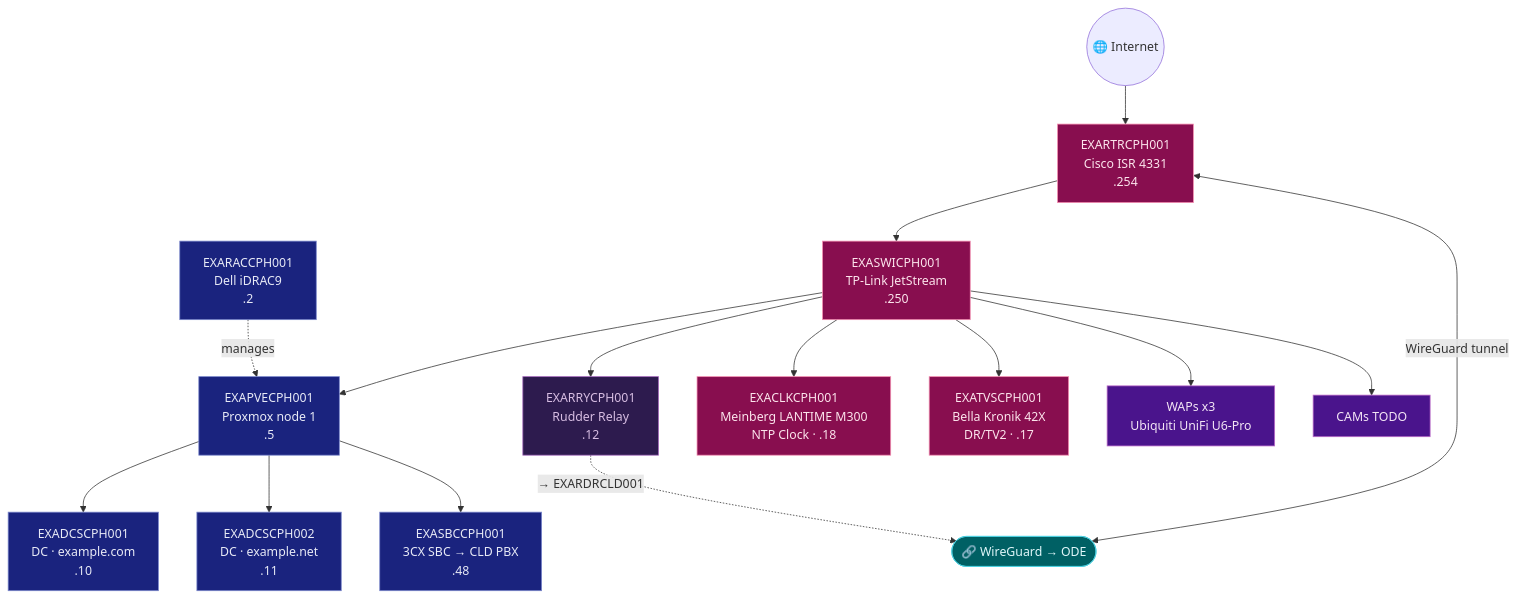
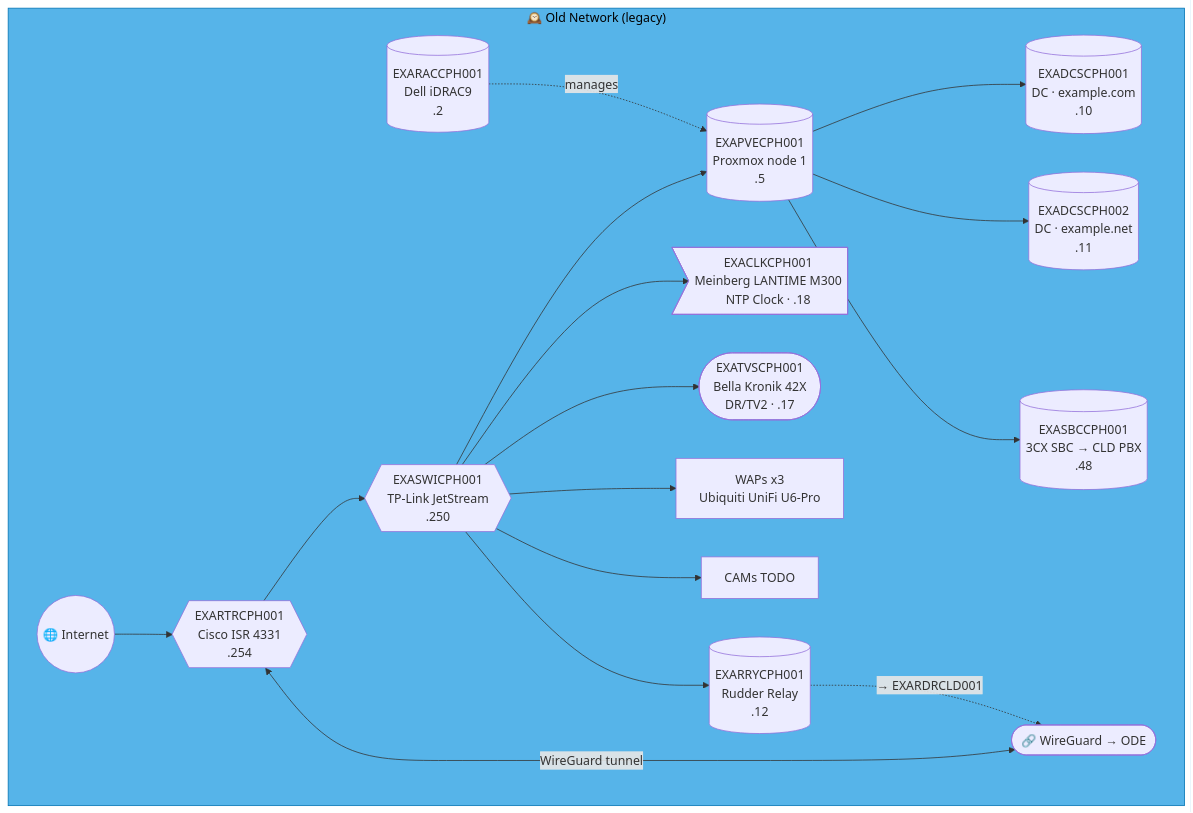
Diagram 18 of 47 in docs/network-diagram.md (knightmare2600/example_music_infra), drawn with Mermaid before and after one commit. The commit also changed other lines of this file and 2 other files, not shown here.

````diff
--- a/docs/network-diagram.md
+++ b/docs/network-diagram.md
@@ -934,38 +863,29 @@
 ```mermaid
 graph TD
-    INET(("🌐 Internet"))
-    SW["EXASWICPH001<br/>TP-Link JetStream<br/>.250"]
-    RTR["EXARTRCPH001<br/>Cisco ISR 4331<br/>.254"]
-    RAC["EXARACCPH001<br/>Dell iDRAC9<br/>.2"]
-    PVE["EXAPVECPH001<br/>Proxmox node 1<br/>.5"]
-    DC1["EXADCSCPH001<br/>DC · example.com<br/>.10"]
-    DC2["EXADCSCPH002<br/>DC · example.net<br/>.11"]
-    SBC["EXASBCCPH001<br/>3CX SBC → CLD PBX<br/>.48"]
-    RRY["EXARRYCPH001<br/>Rudder Relay<br/>.12"]
-    NTP["EXACLKCPH001<br/>Meinberg LANTIME M300<br/>NTP Clock · .18"]
-    TV["EXATVSCPH001<br/>Bella Kronik 42X<br/>DR/TV2 · .17"]
-    WAP["WAPs x3<br/>Ubiquiti UniFi U6-Pro"]
-    CAM["CAMs TODO"]
-    VPN(["🔗 WireGuard → ODE"])
+    subgraph OLD_CPH ["🕰️ Old Network (legacy)"]
+      INET(("🌐 Internet"))
+      SW{{"EXASWICPH001<br/>TP-Link JetStream<br/>.250"}}
+      RTR{{"EXARTRCPH001<br/>Cisco ISR 4331<br/>.254"}}
+      RAC[("EXARACCPH001<br/>Dell iDRAC9<br/>.2")]
+      PVE[("EXAPVECPH001<br/>Proxmox node 1<br/>.5")]
+      DC1[("EXADCSCPH001<br/>DC · example.com<br/>.10")]
+      DC2[("EXADCSCPH002<br/>DC · example.net<br/>.11")]
+      SBC[("EXASBCCPH001<br/>3CX SBC → CLD PBX<br/>.48")]
+      RRY[("EXARRYCPH001<br/>Rudder Relay<br/>.12")]
+      NTP>"EXACLKCPH001<br/>Meinberg LANTIME M300<br/>NTP Clock · .18"]
+      TV(["EXATVSCPH001<br/>Bella Kronik 42X<br/>DR/TV2 · .17"])
+      WAP["WAPs x3<br/>Ubiquiti UniFi U6-Pro"]
+      CAM["CAMs TODO"]
+      VPN(["🔗 WireGuard → ODE"])
 
-    INET --> RTR --> SW
-    SW --> PVE --> DC1 & DC2 & SBC
-    RAC -.->|"manages"| PVE
-    SW --> NTP & TV & WAP & CAM
-    RTR <-->|"WireGuard tunnel"| VPN
+      INET --> RTR --> SW
+      SW --> PVE --> DC1 & DC2 & SBC
+      RAC -.->|"manages"| PVE
+      SW --> NTP & TV & WAP & CAM
+      RTR <-->|"WireGuard tunnel"| VPN
 
-    SW --> RRY
-    RRY -. "→ EXARDRCLD001" .-> VPN
-    classDef net fill:#880e4f,stroke:#f48fb1,color:#fce4ec
-    classDef srv fill:#1a237e,stroke:#7986cb,color:#e8eaf6
-    classDef site fill:#880e4f,stroke:#f48fb1,color:#fce4ec
-    classDef vpn fill:#006064,stroke:#4dd0e1,color:#e0f7fa
-    classDef ep fill:#4a148c,stroke:#ba68c8,color:#f3e5f5
-    classDef rudder fill:#2d1b4e,stroke:#a569bd,color:#d7bde2
-    class RTR,SW net
-    class PVE,DC1,DC2,SBC,RAC srv
-    class RRY rudder
-    class NTP,TV site
-    class WAP,CAM ep
-    class VPN vpn
+      SW --> RRY
+      RRY -. "→ EXARDRCLD001" .-> VPN
+    end
+    style OLD_CPH fill:#56B4E9,stroke:#0072B2,color:#000000
 ```
````
